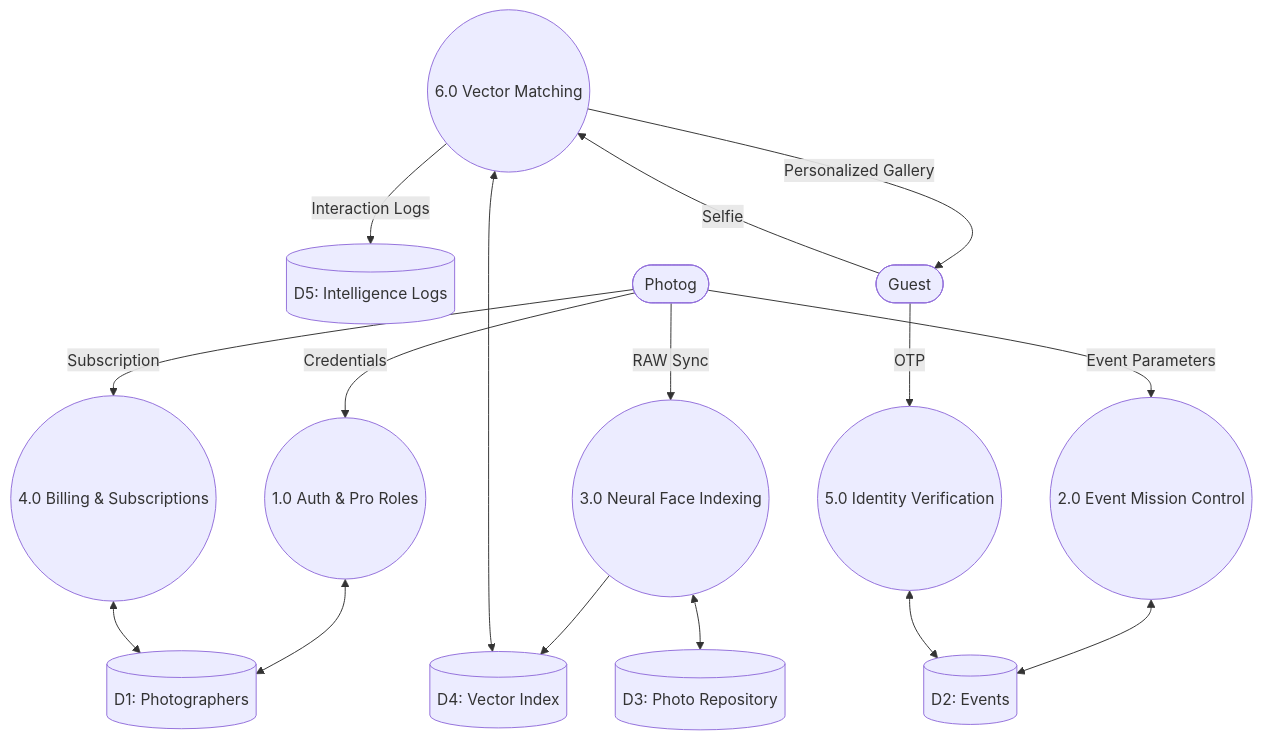
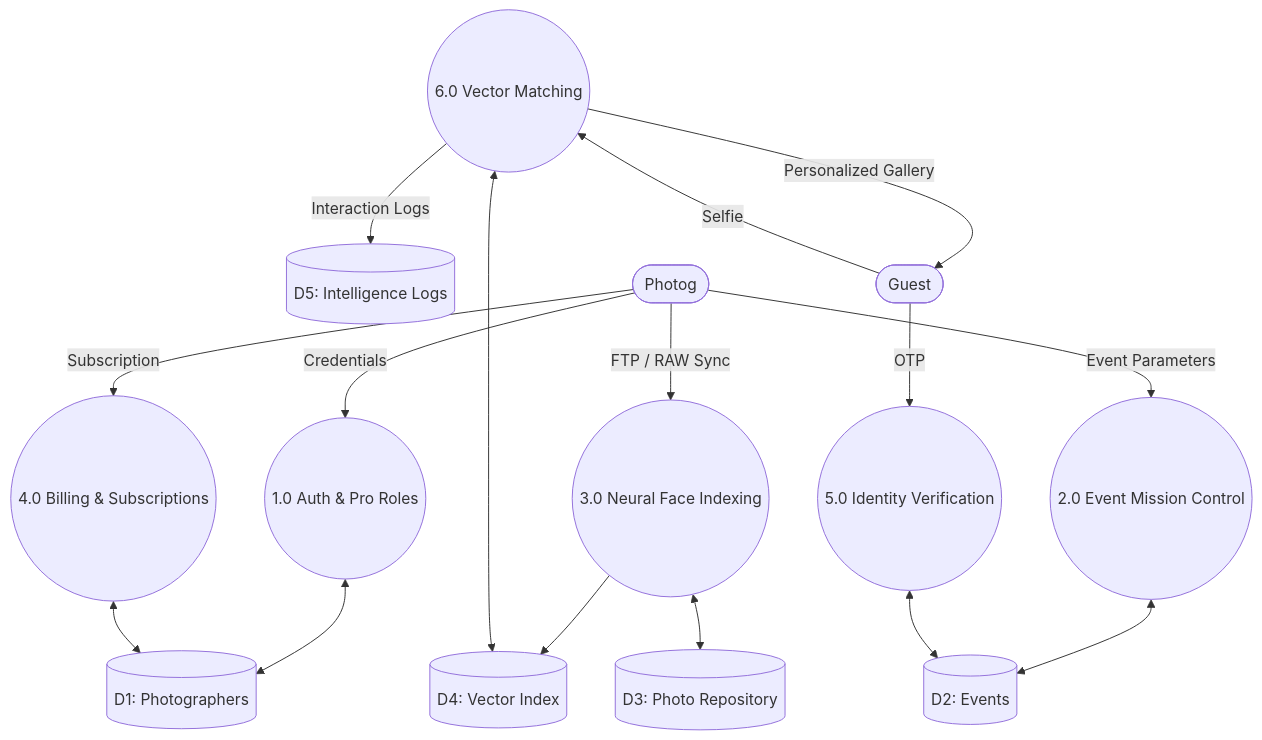
The second of 5 diagrams in README.md (JoelJose212/SnapMoment), drawn with Mermaid before and after one commit. The commit also changed other lines of this file, not shown here.

Commit message:
docs: Update README with Elite FTP Gateway and Mobile Ingestion features

````diff
--- a/README.md
+++ b/README.md
@@ -117,30 +119,30 @@
 ```mermaid
 flowchart TD
     %% Processes
     P1((1.0 Auth & Pro Roles))
     P2((2.0 Event Mission Control))
     P3((3.0 Neural Face Indexing))
     P4((4.0 Billing & Subscriptions))
     P5((5.0 Identity Verification))
     P6((6.0 Vector Matching))
 
     %% Data Stores
     D1[(D1: Photographers)]
     D2[(D2: Events)]
     D3[(D3: Photo Repository)]
     D4[(D4: Vector Index)]
     D5[(D5: Intelligence Logs)]
 
     %% Connections
     Photographer([Photog]) -- Credentials --> P1 <--> D1
     Photographer -- Subscription --> P4 <--> D1
     
     Photographer -- Event Parameters --> P2 <--> D2
-    Photographer -- RAW Sync --> P3 <--> D3
+    Photographer -- "FTP / RAW Sync" --> P3 <--> D3
     P3 --> D4
     
     Guest([Guest]) -- OTP --> P5 <--> D2
     Guest -- Selfie --> P6 <--> D4
     P6 -- Interaction Logs --> D5
     P6 -- Personalized Gallery --> Guest
 ```
````
